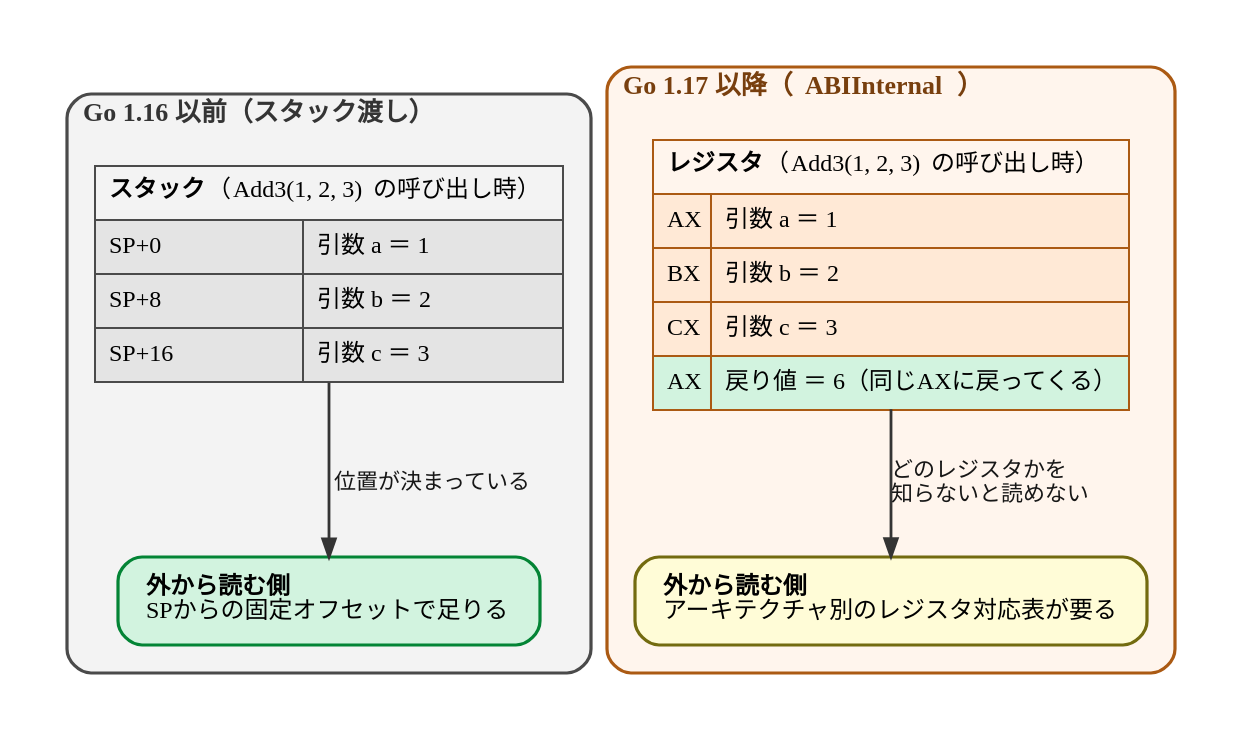
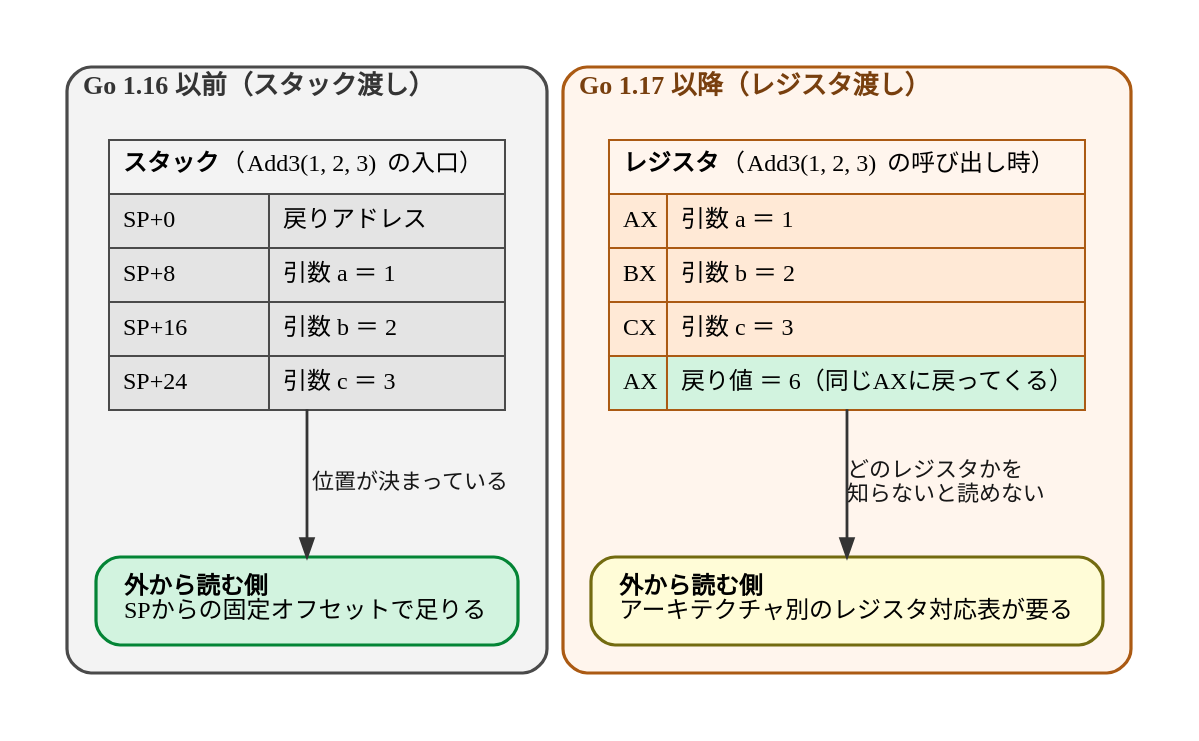
Before and after one commit to ymotongpoo/zenn.dev: the diagram in diagrams/go-ebpf-primer/20260911-abi-shift.dot, drawn with Graphviz. The commit also changed 5 other files, not shown here.

First line of the commit message:
fix(go-ebpf-primer): traceparent重複時の挙動、変換の参照先、ABI図のSP基準を訂正する

```diff
--- a/diagrams/go-ebpf-primer/20260911-abi-shift.dot
+++ b/diagrams/go-ebpf-primer/20260911-abi-shift.dot
@@ -1,57 +1,58 @@
 // Go 1.17 の呼び出し規約の転換
 digraph abi_shift {
   graph [
     fontname="IBM Plex Sans JP", fontsize=13,
     rankdir=TB, compound=true, splines=true,
     nodesep=0.5, ranksep=0.7, pad=0.25,
     bgcolor="white", newrank=true
   ];
   node [
     fontname="IBM Plex Sans JP", fontsize=12,
     shape=box, style="rounded,filled",
     fillcolor="#F1F1F1", color="#4A4A4A", penwidth=1.6,
     margin="0.2,0.14"
   ];
   edge [
     fontname="IBM Plex Sans JP", fontsize=11,
     color="#343434", penwidth=1.4, arrowsize=0.9,
     fontcolor="#171717"
   ];
 
   subgraph cluster_old {
     label=<<b>Go 1.16 以前（スタック渡し）</b>>;
     style="rounded"; labeljust="l"; penwidth=1.6; margin=14;
     color="#4A4A4A"; fontcolor="#343434"; bgcolor="#F3F3F3";
 
     stack [shape=plain, style="", label=<
       <table border="0" cellborder="1" cellspacing="0" cellpadding="6" color="#4A4A4A">
-        <tr><td colspan="2" align="left" bgcolor="#F3F3F3"><b>スタック</b>（<font face="JetBrains Mono">Add3(1, 2, 3)</font> の呼び出し時）</td></tr>
-        <tr><td align="left" bgcolor="#E4E4E4"><font face="JetBrains Mono">SP+0</font></td><td align="left" bgcolor="#E4E4E4">引数 a ＝ 1</td></tr>
-        <tr><td align="left" bgcolor="#E4E4E4"><font face="JetBrains Mono">SP+8</font></td><td align="left" bgcolor="#E4E4E4">引数 b ＝ 2</td></tr>
-        <tr><td align="left" bgcolor="#E4E4E4" port="p"><font face="JetBrains Mono">SP+16</font></td><td align="left" bgcolor="#E4E4E4">引数 c ＝ 3</td></tr>
+        <tr><td colspan="2" align="left" bgcolor="#F3F3F3"><b>スタック</b>（<font face="JetBrains Mono">Add3(1, 2, 3)</font> の入口）</td></tr>
+        <tr><td align="left" bgcolor="#E4E4E4"><font face="JetBrains Mono">SP+0</font></td><td align="left" bgcolor="#E4E4E4">戻りアドレス</td></tr>
+        <tr><td align="left" bgcolor="#E4E4E4"><font face="JetBrains Mono">SP+8</font></td><td align="left" bgcolor="#E4E4E4">引数 a ＝ 1</td></tr>
+        <tr><td align="left" bgcolor="#E4E4E4"><font face="JetBrains Mono">SP+16</font></td><td align="left" bgcolor="#E4E4E4">引数 b ＝ 2</td></tr>
+        <tr><td align="left" bgcolor="#E4E4E4" port="p"><font face="JetBrains Mono">SP+24</font></td><td align="left" bgcolor="#E4E4E4">引数 c ＝ 3</td></tr>
       </table>>];
     read_old [label=<<b>外から読む側</b><br align="left"/>SPからの固定オフセットで足りる<br align="left"/>>,
               fillcolor="#D2F3DF", color="#038435"];
     stack -> read_old [label=" 位置が決まっている"];
   }
 
   subgraph cluster_new {
-    label=<<b>Go 1.17 以降（<font face="JetBrains Mono">ABIInternal</font>）</b>>;
+    label=<<b>Go 1.17 以降（レジスタ渡し）</b>>;
     style="rounded"; labeljust="l"; penwidth=1.6; margin=14;
     color="#AB5A13"; fontcolor="#783F0E"; bgcolor="#FFF5ED";
 
     regs [shape=plain, style="", label=<
       <table border="0" cellborder="1" cellspacing="0" cellpadding="6" color="#AB5A13">
         <tr><td colspan="2" align="left" bgcolor="#FFF5ED"><b>レジスタ</b>（<font face="JetBrains Mono">Add3(1, 2, 3)</font> の呼び出し時）</td></tr>
         <tr><td align="left" bgcolor="#FFE9D6"><font face="JetBrains Mono">AX</font></td><td align="left" bgcolor="#FFE9D6">引数 a ＝ 1</td></tr>
         <tr><td align="left" bgcolor="#FFE9D6"><font face="JetBrains Mono">BX</font></td><td align="left" bgcolor="#FFE9D6">引数 b ＝ 2</td></tr>
         <tr><td align="left" bgcolor="#FFE9D6" port="p"><font face="JetBrains Mono">CX</font></td><td align="left" bgcolor="#FFE9D6">引数 c ＝ 3</td></tr>
         <tr><td align="left" bgcolor="#D2F3DF"><font face="JetBrains Mono">AX</font></td><td align="left" bgcolor="#D2F3DF">戻り値 ＝ 6（同じAXに戻ってくる）</td></tr>
       </table>>];
     read_new [label=<<b>外から読む側</b><br align="left"/>アーキテクチャ別のレジスタ対応表が要る<br align="left"/>>,
               fillcolor="#FFFCD7", color="#736B10"];
     regs -> read_new [label=" どのレジスタかを\l 知らないと読めない\l"];
   }
 
   { rank=same; stack; regs; }
 }
```
